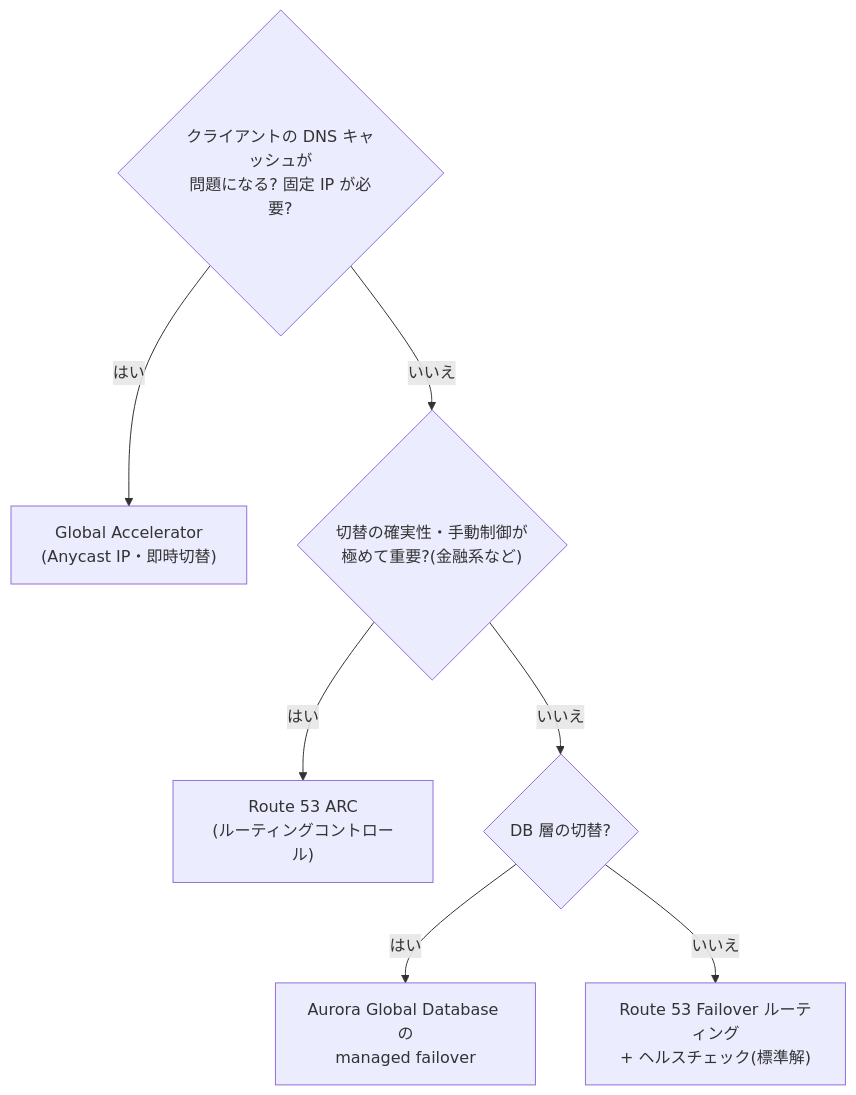
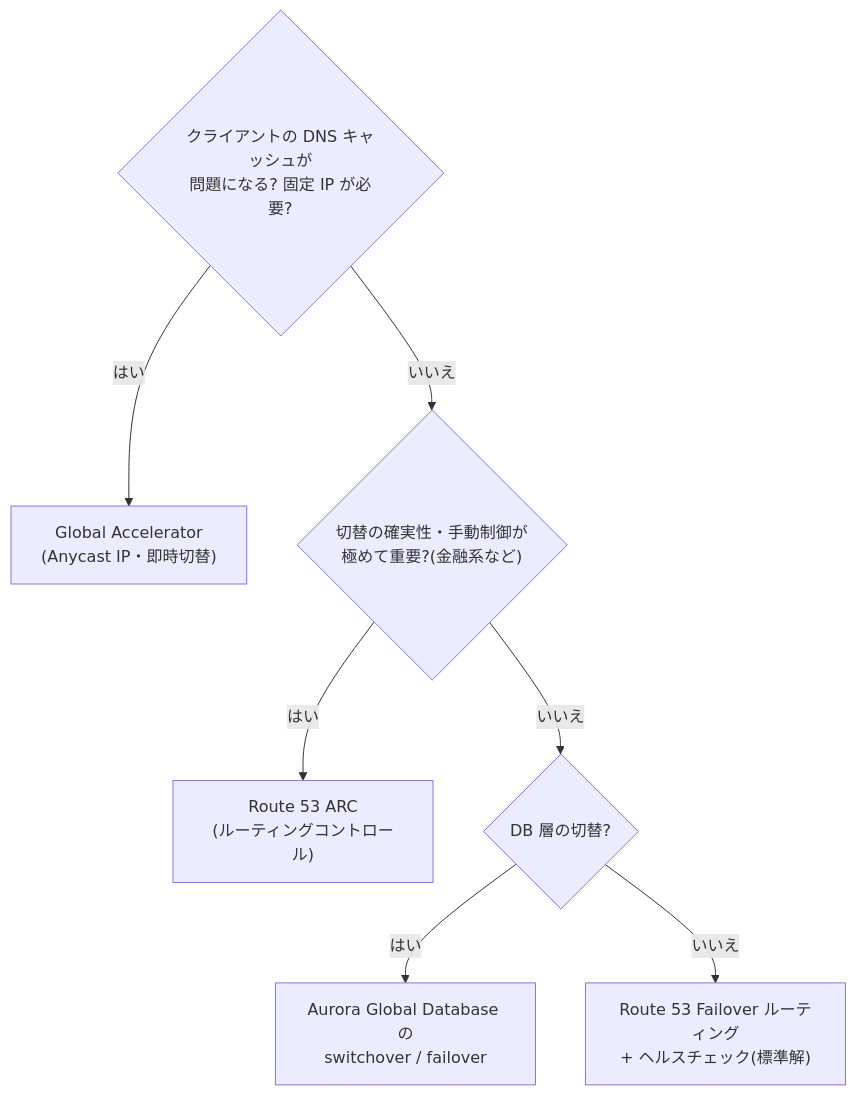
The third of 3 diagrams in 02-new-solutions/2-2-business-continuity.md (tono55/aws-sap), drawn with Mermaid before and after one commit. The commit also changed other lines of this file and 28 other files, not shown here.

````diff
--- a/02-new-solutions/2-2-business-continuity.md
+++ b/02-new-solutions/2-2-business-continuity.md
@@ -95,10 +95,10 @@
 ```mermaid
 flowchart TD
     Q1{"クライアントの DNS キャッシュが<br>問題になる? 固定 IP が必要?"}
     Q1 -->|はい| GA["Global Accelerator<br>(Anycast IP・即時切替)"]
     Q1 -->|いいえ| Q2{"切替の確実性・手動制御が<br>極めて重要?(金融系など)"}
     Q2 -->|はい| ARC["Route 53 ARC<br>(ルーティングコントロール)"]
     Q2 -->|いいえ| Q3{"DB 層の切替?"}
-    Q3 -->|はい| AUR["Aurora Global Database の<br>managed failover"]
+    Q3 -->|はい| AUR["Aurora Global Database の<br>switchover / failover"]
     Q3 -->|いいえ| R53["Route 53 Failover ルーティング<br>+ ヘルスチェック(標準解)"]
 ```
````
